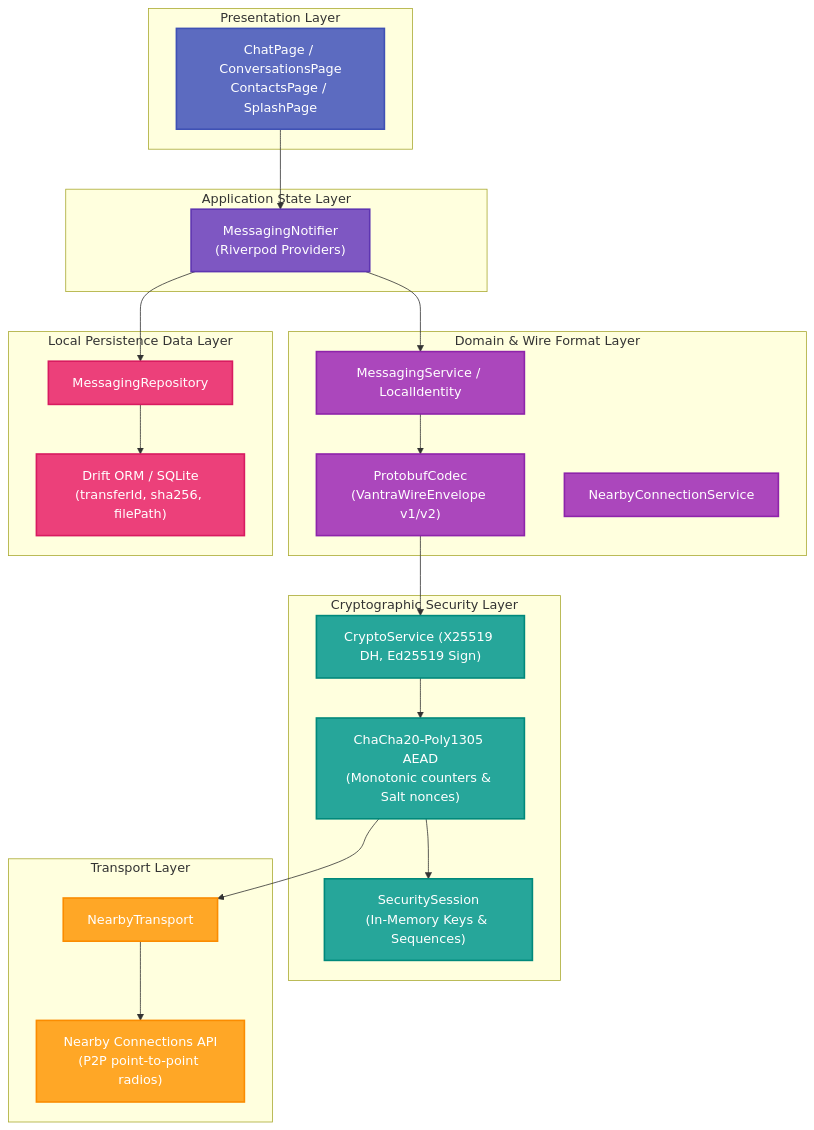
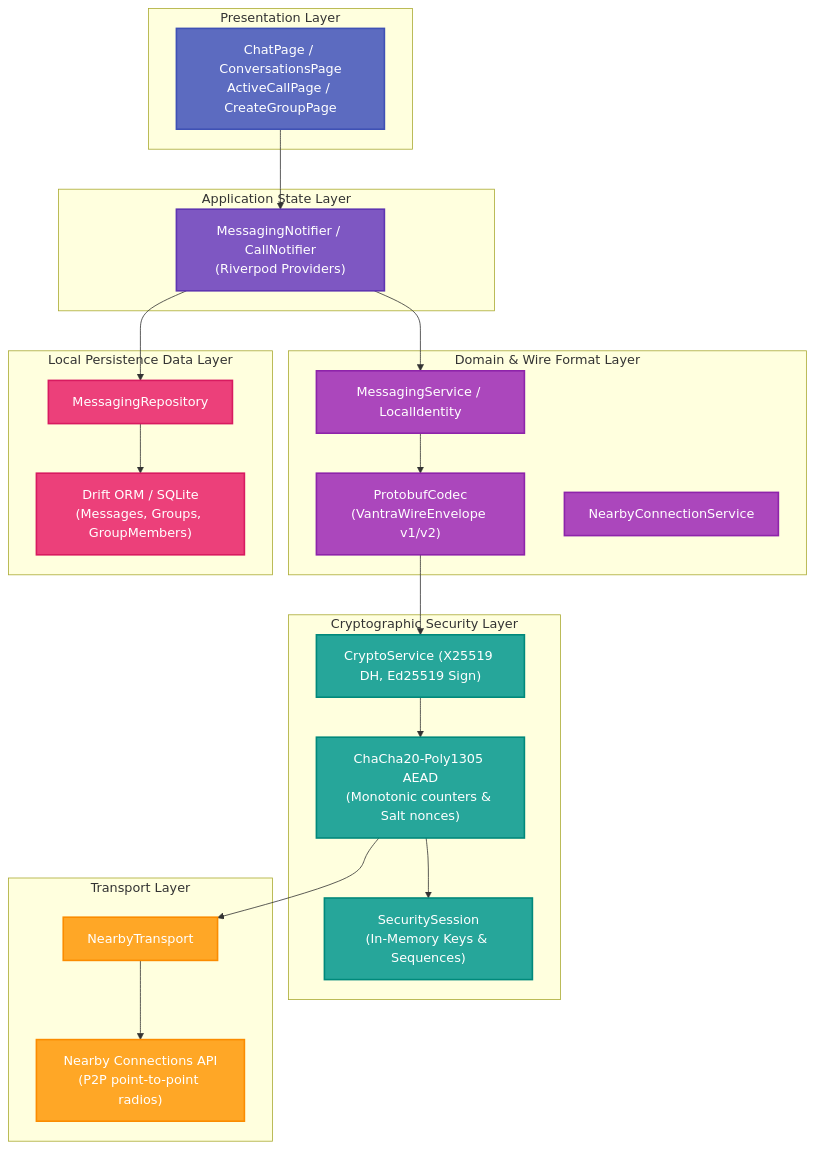
One commit to tonyloki/Vantra--Where-Devices-Become-the-Network- changed the first of 4 diagrams in README.md. Above: the diagram before and after it, drawn with Mermaid. The commit also changed other lines of this file and 3 other files, not shown here.

````diff
--- a/README.md
+++ b/README.md
@@ -48,50 +49,50 @@
 ```mermaid
 graph TD
     classDef pres fill:#5C6BC0,stroke:#3F51B5,stroke-width:2px,color:#fff;
     classDef app fill:#7E57C2,stroke:#5E35B1,stroke-width:2px,color:#fff;
     classDef domain fill:#AB47BC,stroke:#8E24AA,stroke-width:2px,color:#fff;
     classDef crypto fill:#26A69A,stroke:#00897B,stroke-width:2px,color:#fff;
     classDef transport fill:#FFA726,stroke:#FB8C00,stroke-width:2px,color:#fff;
     classDef db fill:#EC407A,stroke:#D81B60,stroke-width:2px,color:#fff;
 
     subgraph Presentation ["Presentation Layer"]
-        UI["ChatPage / ConversationsPage<br/>ContactsPage / SplashPage"]:::pres
+        UI["ChatPage / ConversationsPage<br/>ActiveCallPage / CreateGroupPage"]:::pres
     end
 
     subgraph State ["Application State Layer"]
-        Riverpod["MessagingNotifier<br/>(Riverpod Providers)"]:::app
+        Riverpod["MessagingNotifier / CallNotifier<br/>(Riverpod Providers)"]:::app
     end
 
     subgraph Domain ["Domain & Wire Format Layer"]
         Service["MessagingService / LocalIdentity"]:::domain
         Codec["ProtobufCodec<br/>(VantraWireEnvelope v1/v2)"]:::domain
         NearbySvc["NearbyConnectionService"]:::domain
     end
 
     subgraph Crypto ["Cryptographic Security Layer"]
         CryptoSvc["CryptoService (X25519 DH, Ed25519 Sign)"]:::crypto
         Cipher["ChaCha20-Poly1305 AEAD<br/>(Monotonic counters & Salt nonces)"]:::crypto
         Session["SecuritySession<br/>(In-Memory Keys & Sequences)"]:::crypto
     end
 
     subgraph Storage ["Local Persistence Data Layer"]
         Repo["MessagingRepository"]:::db
-        Drift["Drift ORM / SQLite<br/>(transferId, sha256, filePath)"]:::db
+        Drift["Drift ORM / SQLite<br/>(Messages, Groups, GroupMembers)"]:::db
     end
 
     subgraph Transport ["Transport Layer"]
         NetTransport["NearbyTransport"]:::transport
         NearbyAPI["Nearby Connections API<br/>(P2P point-to-point radios)"]:::transport
     end
 
     UI --> Riverpod
     Riverpod --> Service
     Riverpod --> Repo
     Service --> Codec
     Codec --> CryptoSvc
     CryptoSvc --> Cipher
     Cipher --> Session
     Cipher --> NetTransport
     Repo --> Drift
     NetTransport --> NearbyAPI
 ```
````
